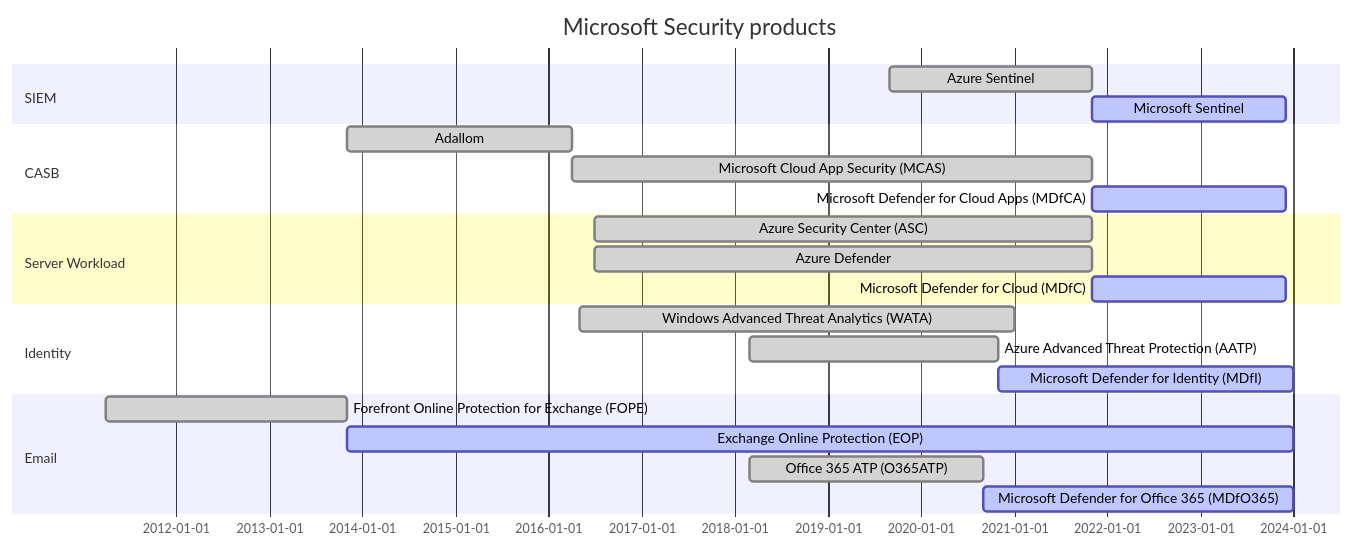
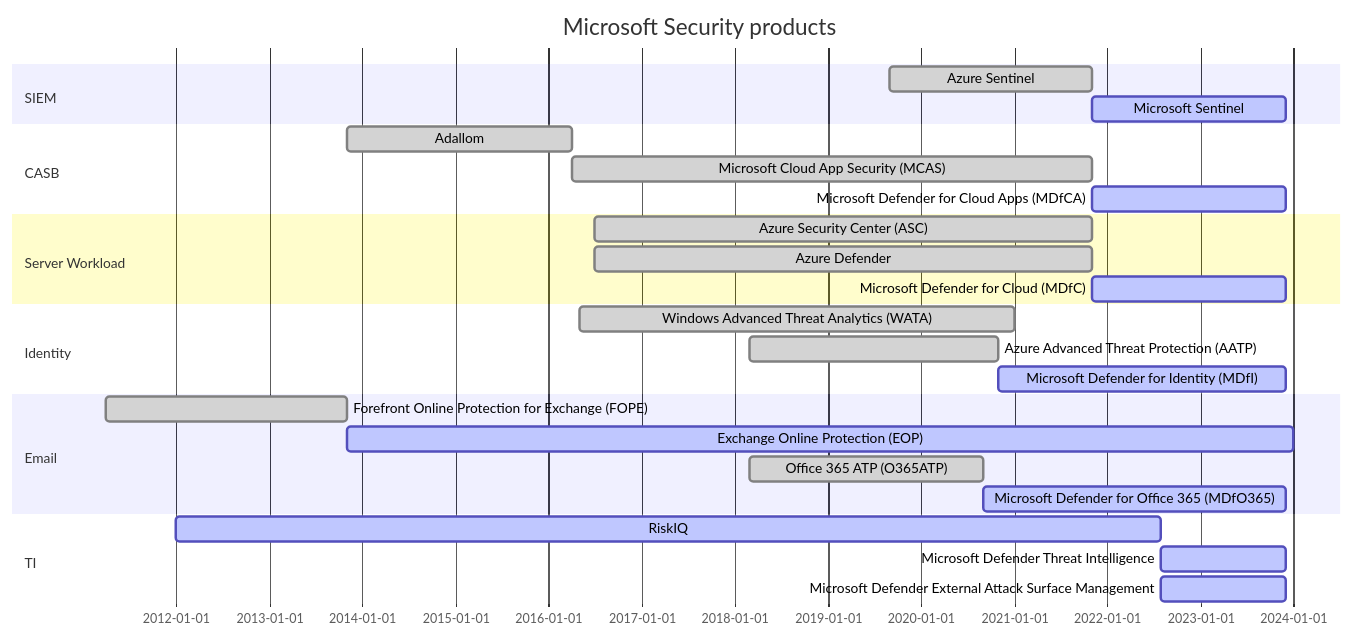
The second of 5 diagrams in README.md (jlaundry/MicrosoftNaming), drawn with Mermaid before and after one commit. The commit also changed other lines of this file, not shown here.

````diff
--- a/README.md
+++ b/README.md
@@ -36,32 +40,37 @@
 ```mermaid
 gantt
 dateFormat  YYYY-MM
 title Microsoft Security products
 excludes weekdays 2010-01-01
 
 section SIEM
 Azure Sentinel                            :done,   asentinel, 2019-09, 2021-11
 Microsoft Sentinel                        :active, msentinel, 2021-11, 2023-12
 
 section CASB
 Adallom                                   :done,     adallom, 2013-11, 2016-04
 Microsoft Cloud App Security (MCAS)       :done,        mcas, 2016-04, 2021-11
 Microsoft Defender for Cloud Apps (MDfCA) :active,     mdfca, 2021-11, 2023-12
 
 section Server Workload
 Azure Security Center (ASC)               :done,         asc, 2016-07, 2021-11
 Azure Defender                            :done,      azured, 2016-07, 2021-11
 Microsoft Defender for Cloud (MDfC)       :active,      mdfc, 2021-11, 2023-12
 
 section Identity
 Windows Advanced Threat Analytics (WATA)  :done,        wata, 2016-05, 2021-01
 Azure Advanced Threat Protection (AATP)   :done,        aatp, 2018-03, 2020-11
-Microsoft Defender for Identity (MDfI)    :active,      mdfi, 2020-11, 2024-01
+Microsoft Defender for Identity (MDfI)    :active,      mdfi, 2020-11, 2023-12
 
 section Email
 Forefront Online Protection for Exchange (FOPE)  :done,      fope, 2011-04, 2013-11
 Exchange Online Protection (EOP)                 :active,     eop, 2013-11, 2024-01
 Office 365 ATP (O365ATP)                         :done,   o365atp, 2018-03, 2020-09
-Microsoft Defender for Office 365 (MDfO365)      :active,    mdfi, 2020-09, 2024-01
+Microsoft Defender for Office 365 (MDfO365)      :active,    mdfi, 2020-09, 2023-12
+
+section TI
+RiskIQ                                                 :active, riskiq, 2012-01, 2022-08
+Microsoft Defender Threat Intelligence                 :active,   mdti, 2022-08, 2023-12
+Microsoft Defender External Attack Surface Management  :active, mdeasm, 2022-08, 2023-12
 
 ```
````
